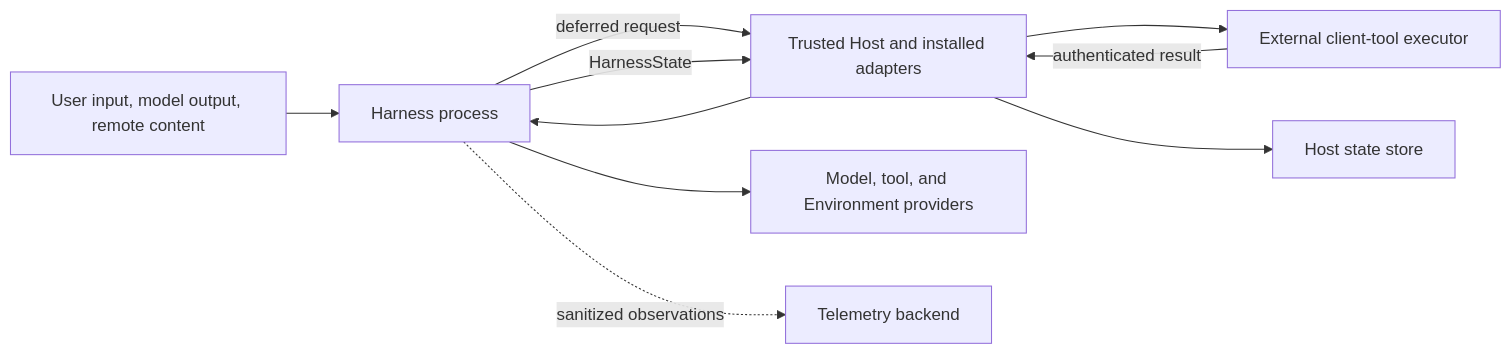
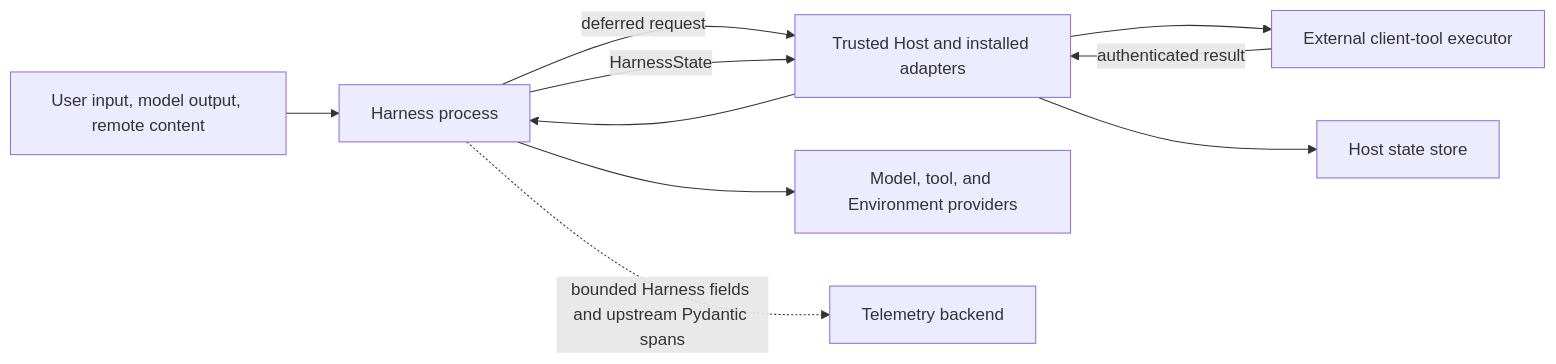
Before and after one commit to LTThreeComma/agent-foundation: the diagram in spec/agent-harness/15-security-compatibility-and-tradeoffs.md, drawn with Mermaid. The commit also changed other lines of this file and 125 other files, not shown here.

````diff
--- a/spec/agent-harness/15-security-compatibility-and-tradeoffs.md
+++ b/spec/agent-harness/15-security-compatibility-and-tradeoffs.md
@@ -11,18 +11,18 @@
 ```mermaid
 flowchart LR
     Untrusted[User input, model output, remote content]
     Host[Trusted Host and installed adapters]
     Harness[Harness process]
     Provider[Model, tool, and Environment providers]
     Client[External client-tool executor]
     Store[Host state store]
     Telemetry[Telemetry backend]
 
     Host --> Harness
     Untrusted --> Harness
     Harness --> Provider
     Harness -->|deferred request| Host --> Client
     Client -->|authenticated result| Host
     Harness -->|HarnessState| Host --> Store
-    Harness -. sanitized observations .-> Telemetry
+    Harness -. bounded Harness fields and upstream Pydantic spans .-> Telemetry
 ```
````
